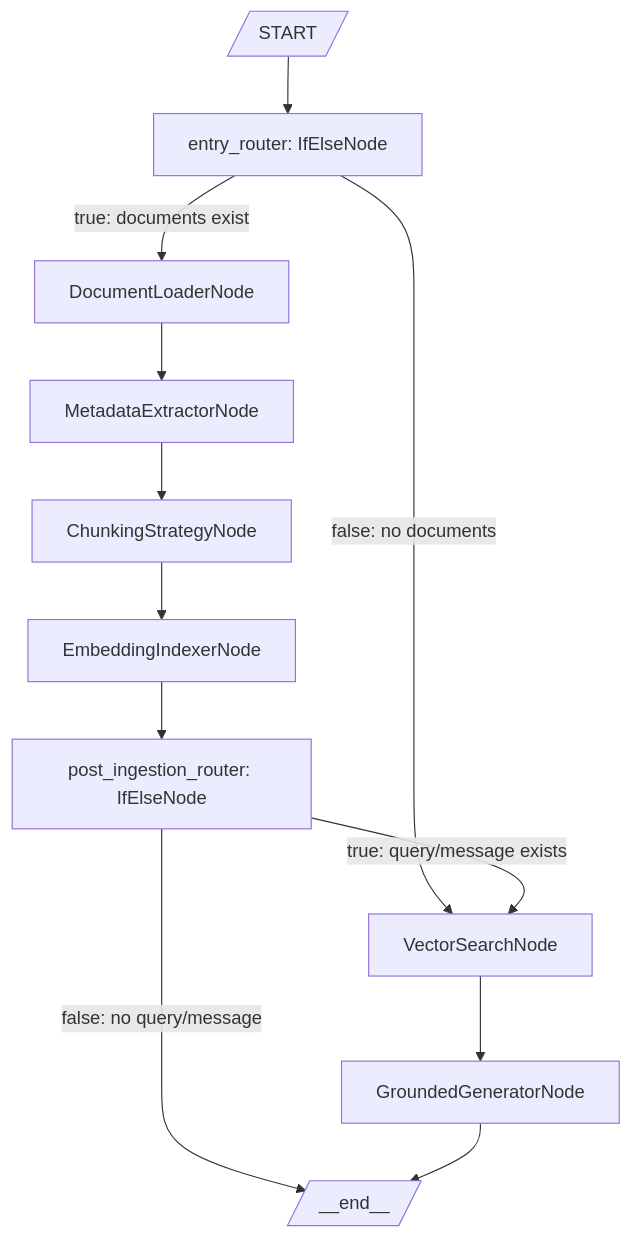
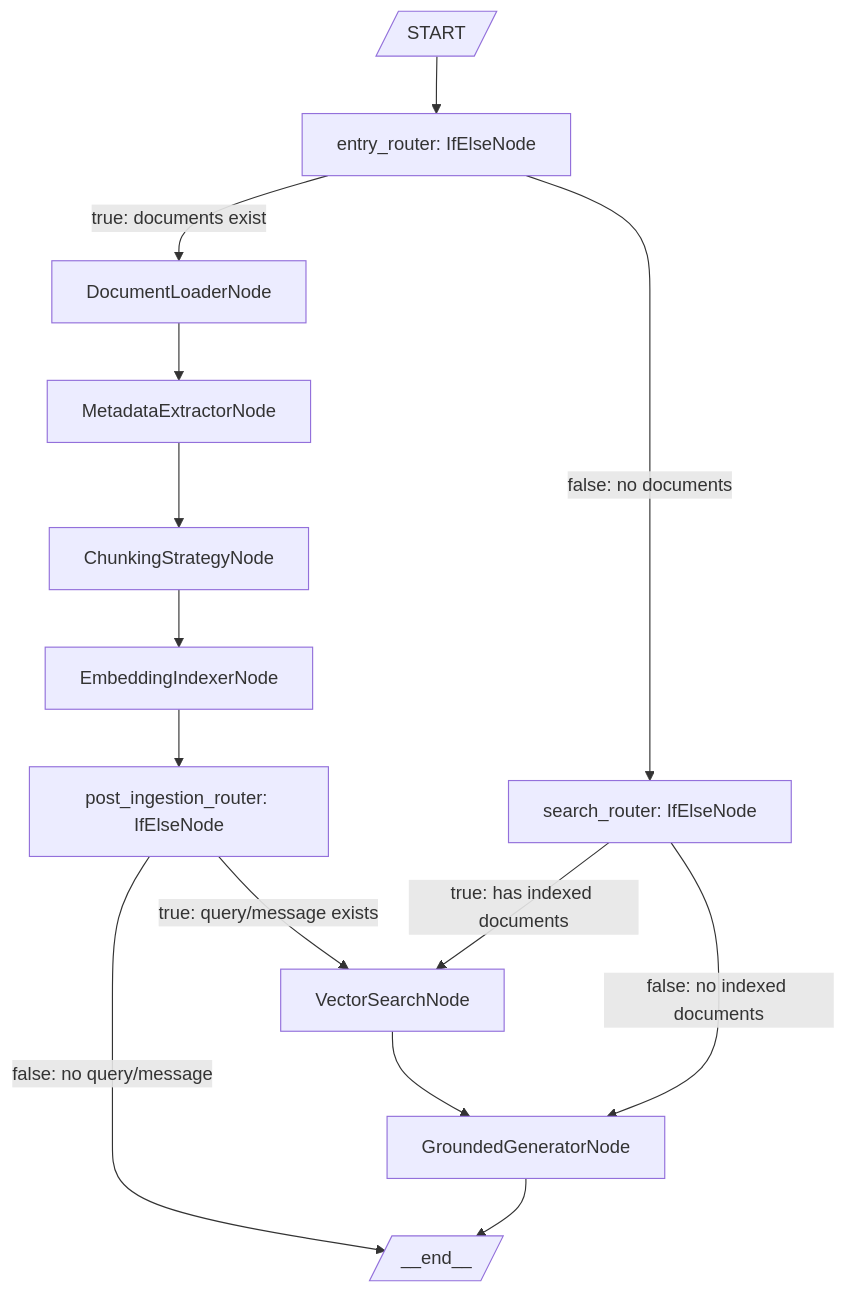
One commit to ShaojieJiang/orcheo changed the first of 5 diagrams in docs/conversational_search/demo_design.md. Above: the diagram before and after it, drawn with Mermaid. The commit also changed other lines of this file and 5 other files, not shown here.

````diff
--- a/docs/conversational_search/demo_design.md
+++ b/docs/conversational_search/demo_design.md
@@ -33,18 +35,22 @@
 ```mermaid
 graph TD
     Start[/START/] --> EntryRouter[entry_router: IfElseNode]
 
     EntryRouter -->|true: documents exist| Loader[DocumentLoaderNode]
-    EntryRouter -->|false: no documents| Search[VectorSearchNode]
+    EntryRouter -->|false: no documents| SearchRouter[search_router: IfElseNode]
 
     Loader --> Metadata[MetadataExtractorNode]
     Metadata --> Chunking[ChunkingStrategyNode]
     Chunking --> Indexer[EmbeddingIndexerNode]
 
     Indexer --> PostRouter[post_ingestion_router: IfElseNode]
-    PostRouter -->|true: query/message exists| Search
+    PostRouter -->|true: query/message exists| Search[VectorSearchNode]
     PostRouter -->|false: no query/message| End[/__end__/]
 
     Search --> Generator[GroundedGeneratorNode]
+
+    SearchRouter -->|true: has indexed documents| Search
+    SearchRouter -->|false: no indexed documents| Generator
+
     Generator --> End
 ```
````
